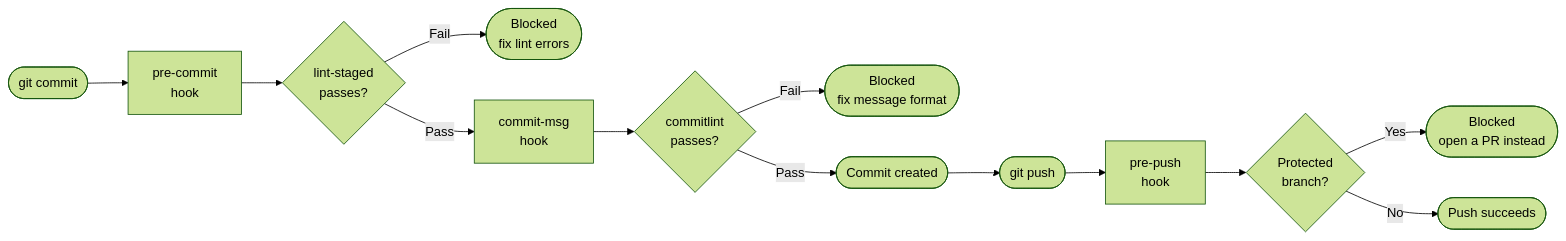
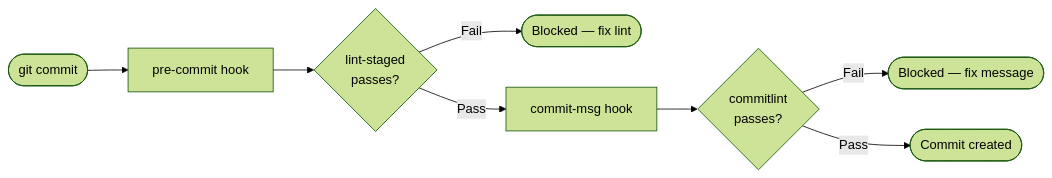
The fourth of 6 diagrams in _posts/2026-05-14-day-01-git-branching-strategies.md (vsindevops/30-days-devops), drawn with Mermaid (forest theme) before and after one commit. The commit also changed other lines of this file, not shown here.

First line of the commit message:
Fix overlapping Mermaid diagrams in Day 1 article

````diff
--- a/_posts/2026-05-14-day-01-git-branching-strategies.md
+++ b/_posts/2026-05-14-day-01-git-branching-strategies.md
@@ -457,15 +461,10 @@
 ```mermaid
 flowchart LR
-    A([git commit]) --> B[pre-commit\nhook]
+    A([git commit]) --> B[pre-commit hook]
     B --> C{lint-staged\npasses?}
-    C -->|Fail| D([Blocked\nfix lint errors])
-    C -->|Pass| E[commit-msg\nhook]
+    C -->|Fail| D([Blocked — fix lint])
+    C -->|Pass| E[commit-msg hook]
     E --> F{commitlint\npasses?}
-    F -->|Fail| G([Blocked\nfix message format])
+    F -->|Fail| G([Blocked — fix message])
     F -->|Pass| H([Commit created])
-    H --> I([git push])
-    I --> J[pre-push\nhook]
-    J --> K{Protected\nbranch?}
-    K -->|Yes| L([Blocked\nopen a PR instead])
-    K -->|No| M([Push succeeds])
 ```
````
